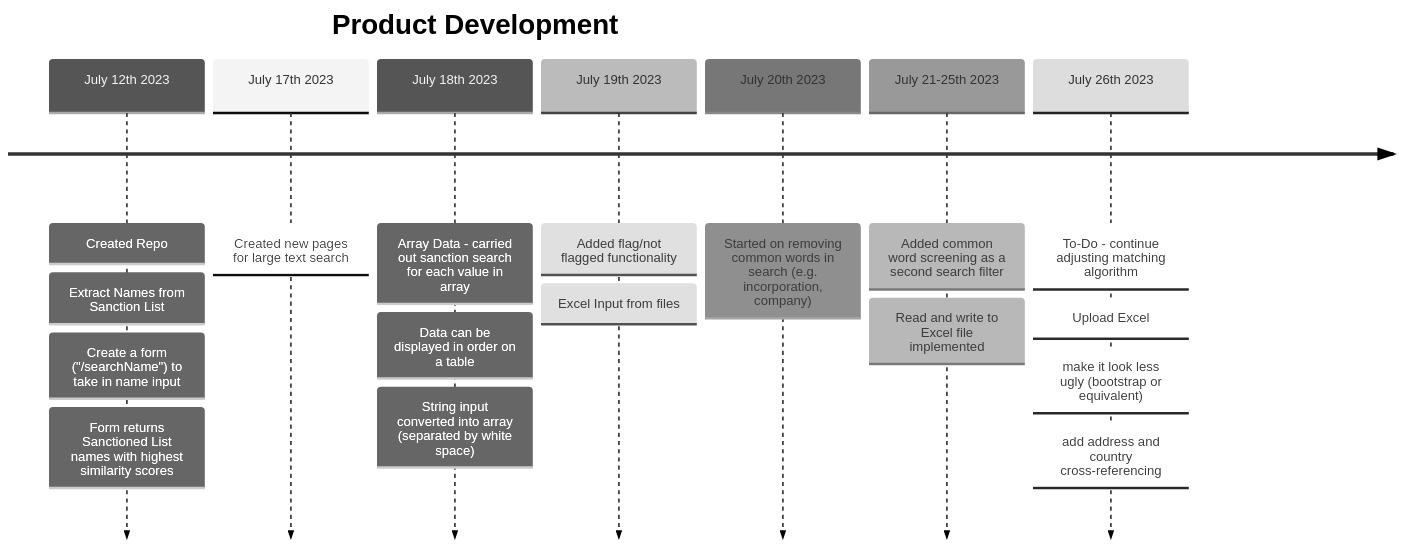
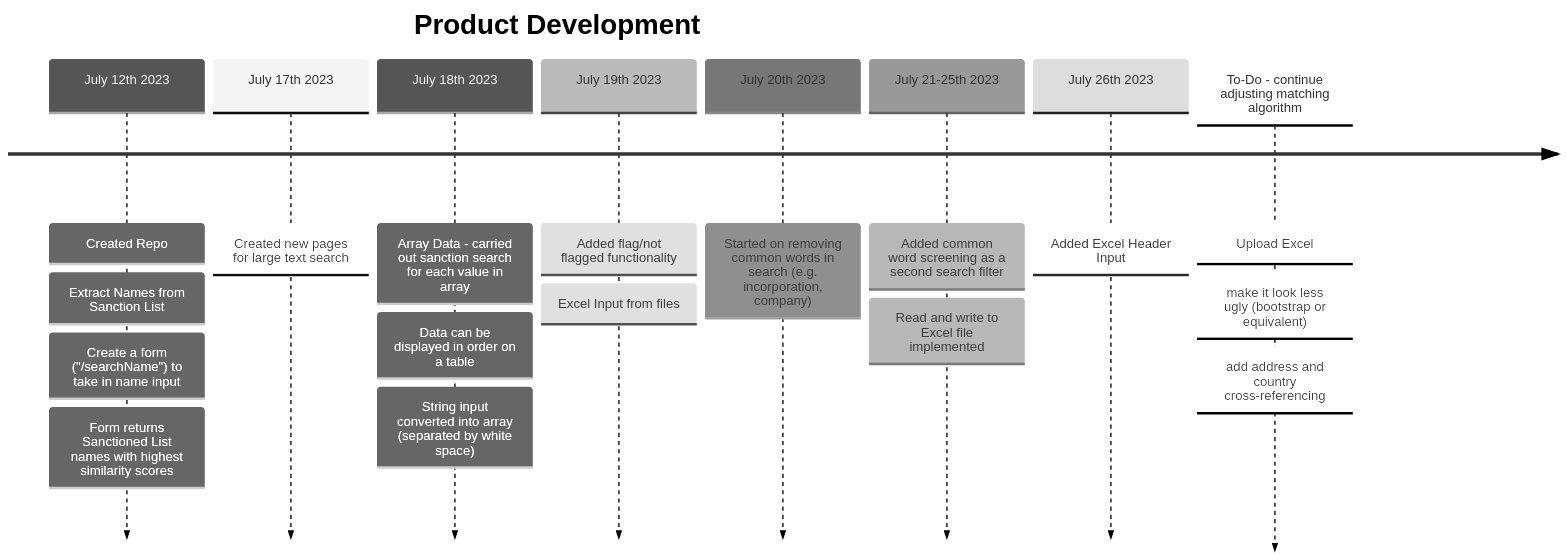
Before and after one commit to james-csy/sanctionlistchecker: the diagram in README.md, drawn with Mermaid (neutral theme).

````diff
--- a/README.md
+++ b/README.md
@@ -6,11 +6,12 @@
 ```mermaid
 timeline
     title Product Development
     July 12th 2023: Created Repo: Extract Names from Sanction List: Create a form ("/searchName") to take in name input: Form returns Sanctioned List names with highest similarity scores
     July 17th 2023: Created new pages for large text search
     July 18th 2023: Array Data - carried out sanction search for each value in array: Data can be displayed in order on a table: String input converted into array (separated by white space)
     July 19th 2023: Added flag/not flagged functionality: Excel Input from files
     July 20th 2023: Started on removing common words in search (e.g. incorporation, company)
     July 21-25th 2023: Added common word screening as a second search filter: Read and write to Excel file implemented
-    July 26th 2023: To-Do - continue adjusting matching algorithm: Upload Excel: make it look less ugly (bootstrap or equivalent): add address and country cross-referencing
+    July 26th 2023: Added Excel Header Input
+    To-Do - continue adjusting matching algorithm: Upload Excel: make it look less ugly (bootstrap or equivalent): add address and country cross-referencing
 ```
````
